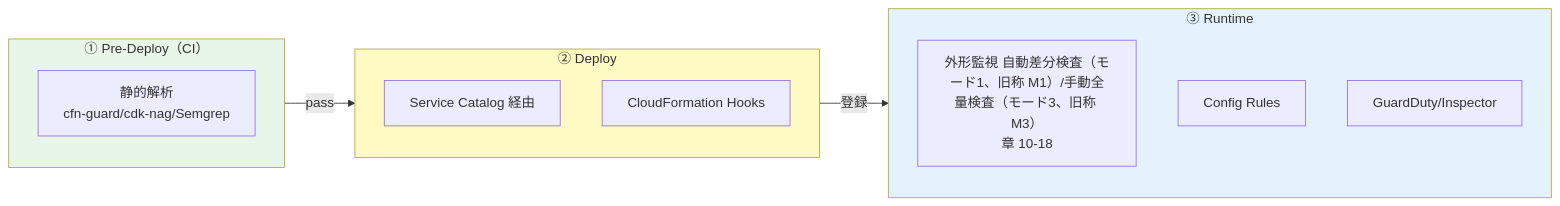
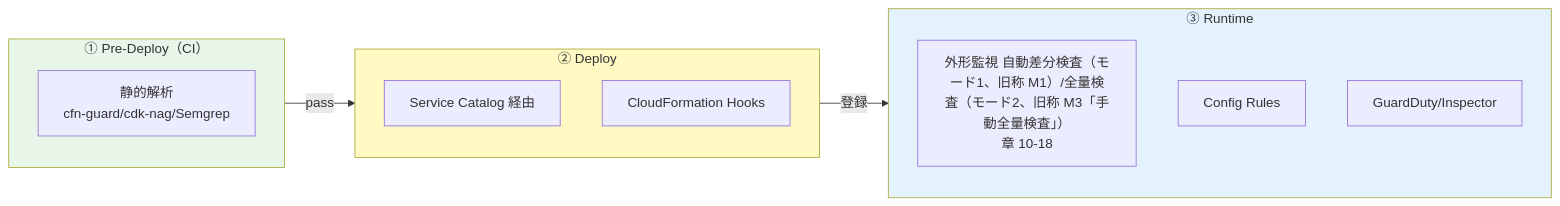
One commit to suepie/aws-atuh-poc changed the diagram in doc/api-platform/basic-design/05-security.md. Above: the diagram before and after it, drawn with Mermaid. The commit also changed other lines of this file and 14 other files, not shown here.

````diff
--- a/doc/api-platform/basic-design/05-security.md
+++ b/doc/api-platform/basic-design/05-security.md
@@ -154,19 +154,19 @@
 ```mermaid
 flowchart LR
     subgraph Pre["① Pre-Deploy（CI）"]
         Static[静的解析<br/>cfn-guard/cdk-nag/Semgrep]
     end
     subgraph Deploy["② Deploy"]
         SC[Service Catalog 経由]
         Hook[CloudFormation Hooks]
     end
     subgraph Runtime["③ Runtime"]
-        Probe["外形監視 自動差分検査（モード1、旧称 M1）/手動全量検査（モード3、旧称 M3）<br/>章 10-18"]
+        Probe["外形監視 自動差分検査（モード1、旧称 M1）/全量検査（モード2、旧称 M3「手動全量検査」）<br/>章 10-18"]
         Config[Config Rules]
         GD[GuardDuty/Inspector]
     end
     Pre -->|pass| Deploy -->|登録| Runtime
     style Pre fill:#e8f5e9
     style Deploy fill:#fff9c4
     style Runtime fill:#e3f2fd
 ```
````
